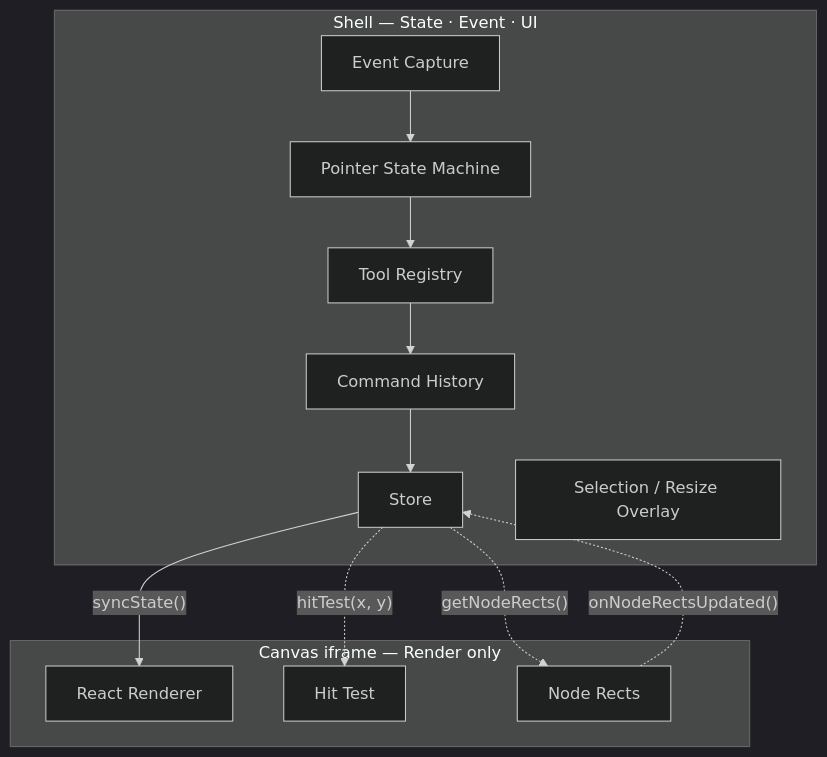
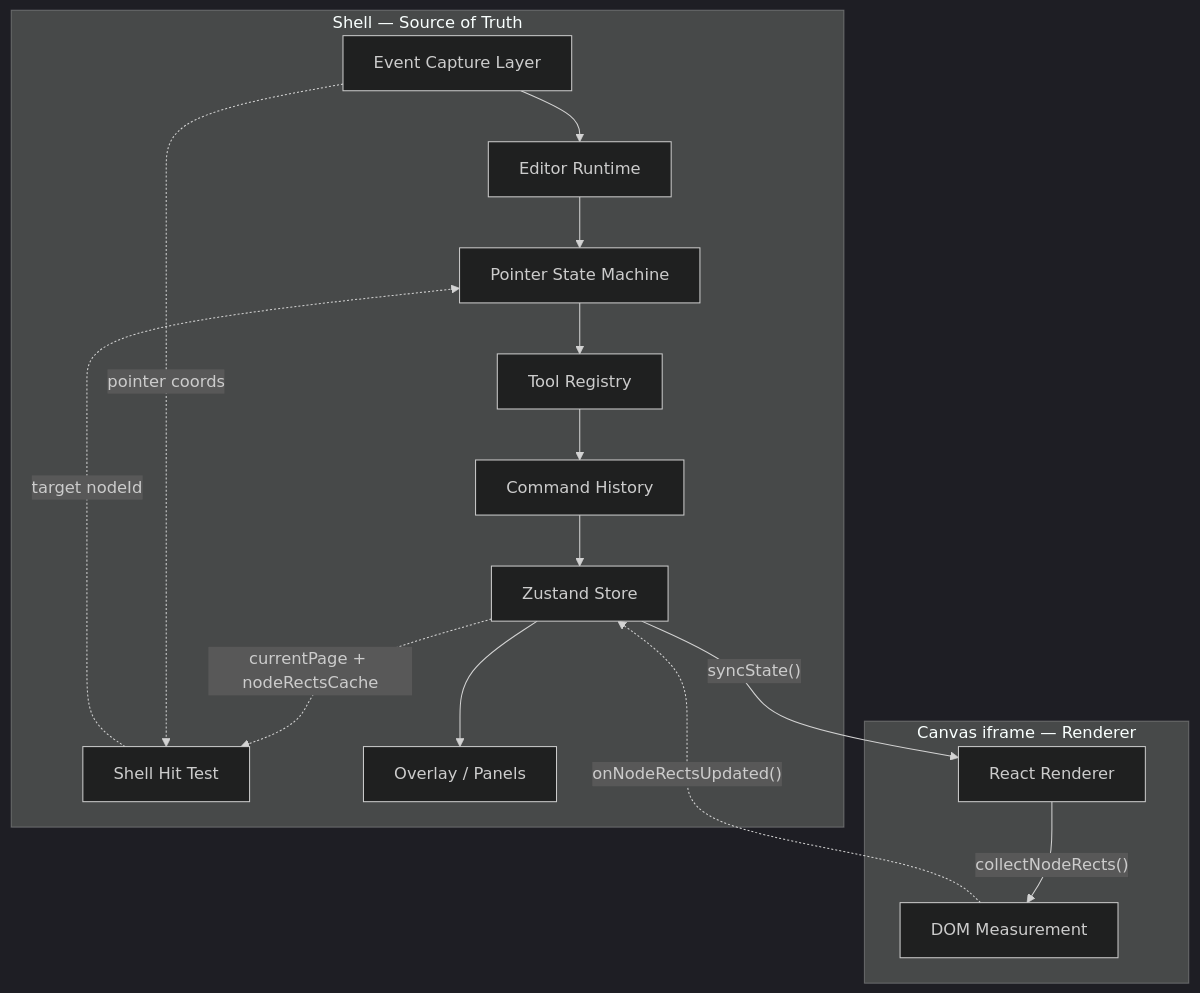
One commit to whdgur5717/react-design-editor changed the first of 3 diagrams in README.md. Above: the diagram before and after it, drawn with Mermaid (dark theme). The commit also changed other lines of this file and 5 other files, not shown here.

Commit message:
📝 docs(architecture): refresh shell runtime guidance

````diff
--- a/README.md
+++ b/README.md
@@ -18,26 +18,31 @@
 ```mermaid
 graph TB
-    subgraph Shell["Shell — State · Event · UI"]
-        EventTarget["Event Capture"]
+    subgraph Shell["Shell — Source of Truth"]
+        EventTarget["Event Capture Layer"]
+        Editor["Editor Runtime"]
         Pointer["Pointer State Machine"]
         Tools["Tool Registry"]
         Commands["Command History"]
-        Store["Store"]
-        Overlay["Selection / Resize Overlay"]
+        Store["Zustand Store"]
+        HitTest["Shell Hit Test"]
+        Overlay["Overlay / Panels"]
     end
 
-    subgraph Canvas["Canvas iframe — Render only"]
+    subgraph Canvas["Canvas iframe — Renderer"]
         Renderer["React Renderer"]
-        HitTest["Hit Test"]
-        Rects["Node Rects"]
+        Rects["DOM Measurement"]
     end
 
-    EventTarget --> Pointer
+    EventTarget --> Editor
+    Editor --> Pointer
     Pointer --> Tools
     Tools --> Commands
     Commands --> Store
     Store -- "syncState()" --> Renderer
-    Store -. "hitTest(x, y)" .-> HitTest
-    Store -. "getNodeRects()" .-> Rects
+    Renderer -- "collectNodeRects()" --> Rects
     Rects -. "onNodeRectsUpdated()" .-> Store
+    Store -. "currentPage + nodeRectsCache" .-> HitTest
+    EventTarget -. "pointer coords" .-> HitTest
+    HitTest -. "target nodeId" .-> Pointer
+    Store --> Overlay
 ```
````
